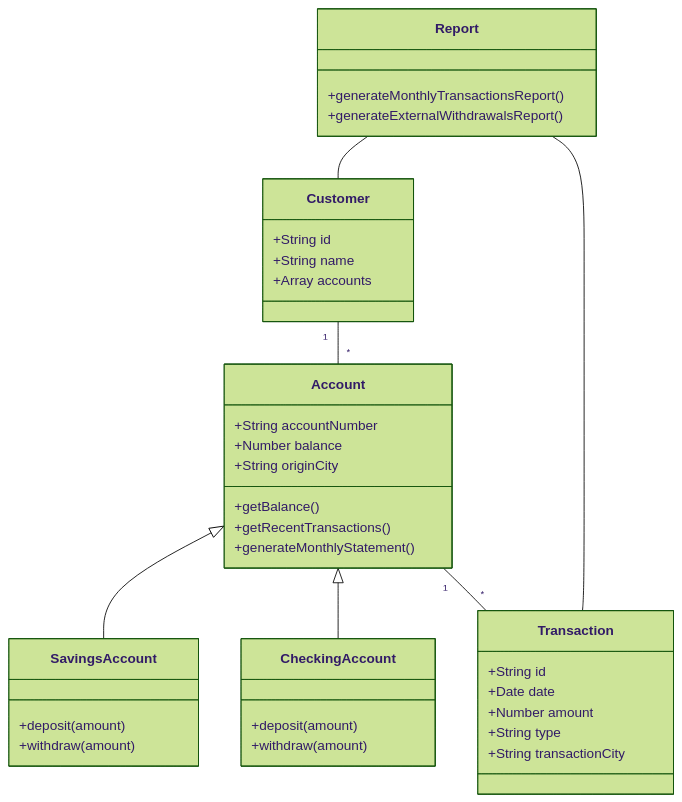
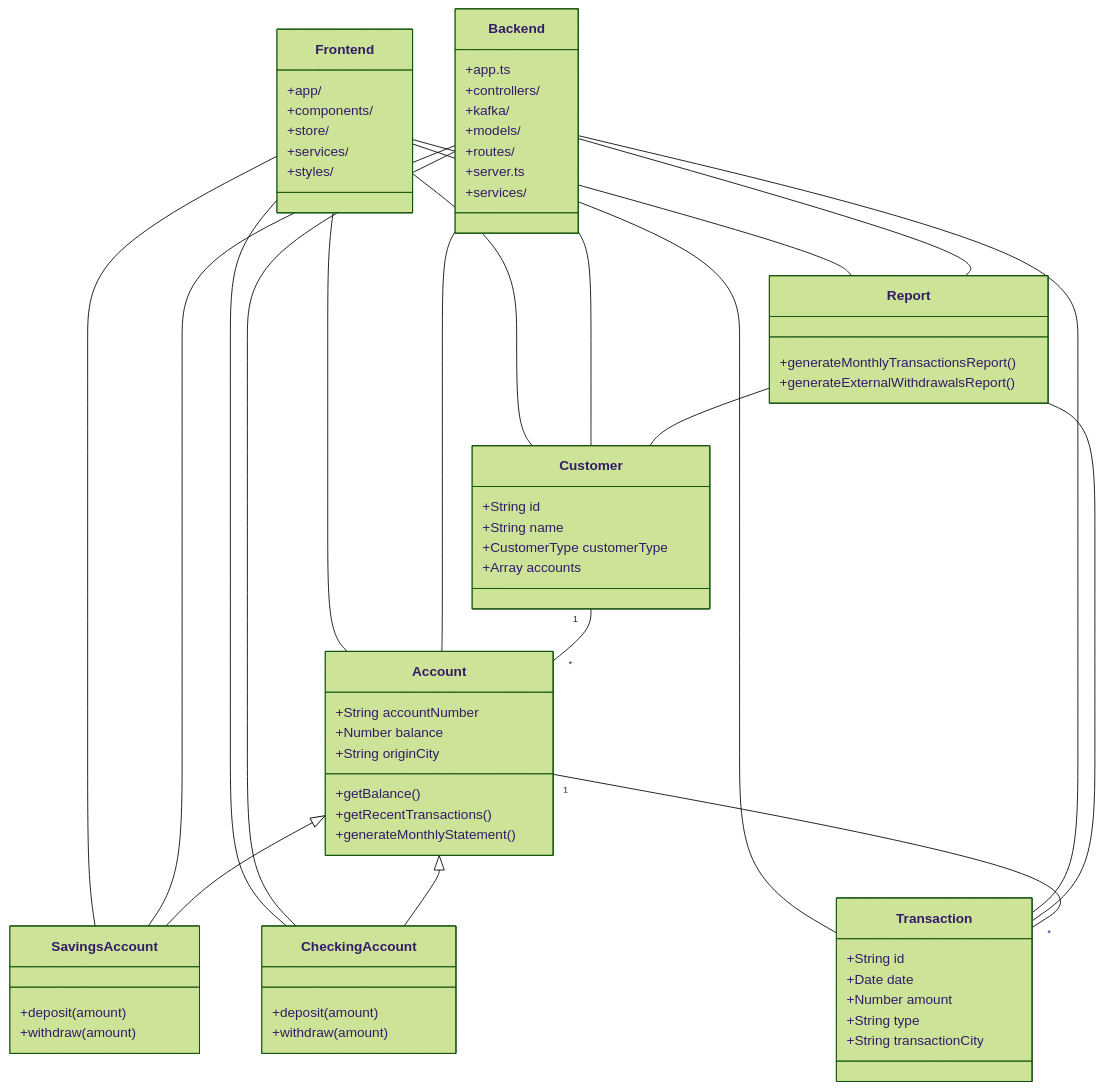
Before and after one commit to andylopezr/bluesoft: the diagram in README.md, drawn with Mermaid (forest theme). The commit also changed 9 other files, not shown here.

Commit message:
feature(): login, account model, routes and services updated, new middleware for login

````diff
--- a/README.md
+++ b/README.md
@@ -18,42 +18,71 @@
 ```mermaid
 classDiagram
     class Account {
         +String accountNumber
         +Number balance
         +String originCity
         +getBalance()
         +getRecentTransactions()
         +generateMonthlyStatement()
     }
     class SavingsAccount {
         +deposit(amount)
         +withdraw(amount)
     }
     class CheckingAccount {
         +deposit(amount)
         +withdraw(amount)
     }
     class Customer {
         +String id
         +String name
+        +CustomerType customerType
         +Array accounts
     }
     class Transaction {
         +String id
         +Date date
         +Number amount
         +String type
         +String transactionCity
     }
     class Report {
         +generateMonthlyTransactionsReport()
         +generateExternalWithdrawalsReport()
     }
+    class Backend {
+        +app.ts
+        +controllers/
+        +kafka/
+        +models/
+        +routes/
+        +server.ts
+        +services/
+    }
+    class Frontend {
+        +app/
+        +components/
+        +store/
+        +services/
+        +styles/
+    }
     
     Account <|-- SavingsAccount
     Account <|-- CheckingAccount
     Customer "1" -- "*" Account
     Account "1" -- "*" Transaction
     Report -- Customer
     Report -- Transaction
+    Backend -- Account
+    Backend -- SavingsAccount
+    Backend -- CheckingAccount
+    Backend -- Customer
+    Backend -- Transaction
+    Backend -- Report
+    Frontend -- Account
+    Frontend -- SavingsAccount
+    Frontend -- CheckingAccount
+    Frontend -- Customer
+    Frontend -- Transaction
+    Frontend -- Report
 ```
````
